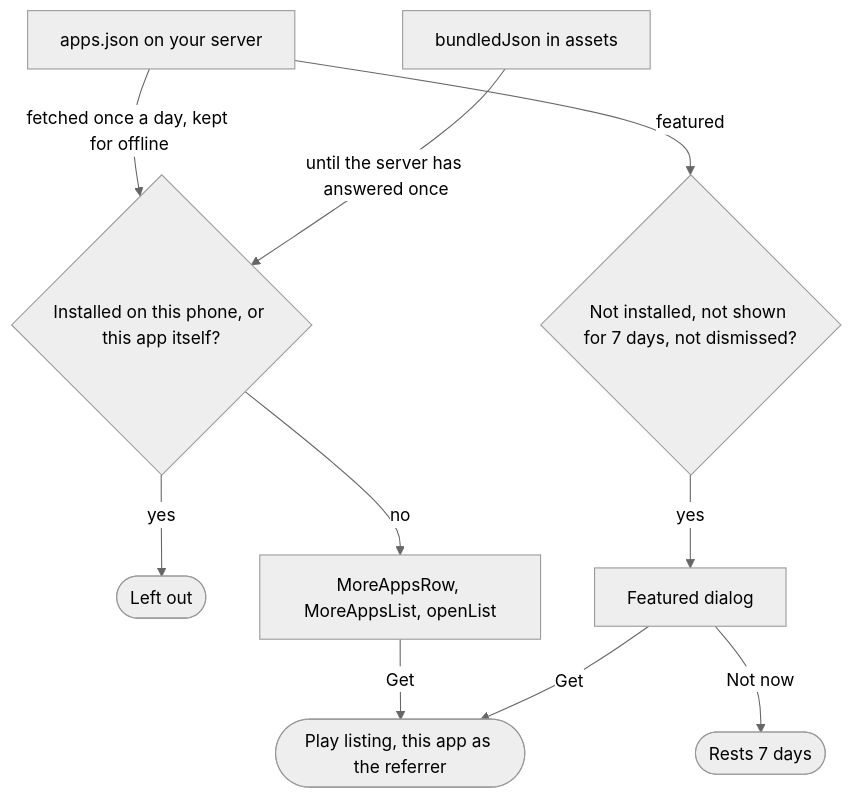
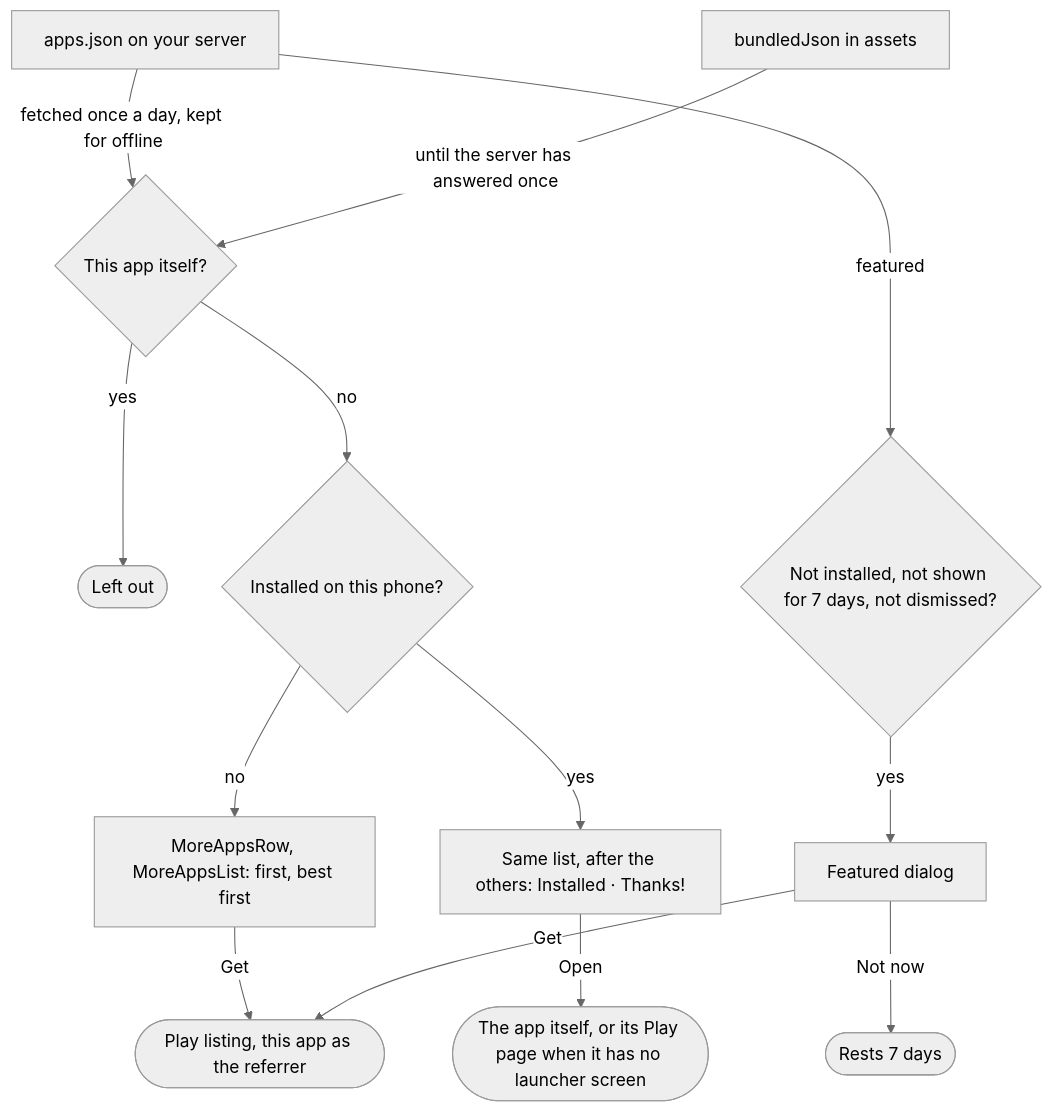
One commit to Trilokia/publishly-android changed the third of 6 diagrams in README.md. Above: the diagram before and after it, drawn with Mermaid (neutral theme). The commit also changed other lines of this file and 10 other files, not shown here.

Commit message:
More apps: keep installed apps in the list with an Installed label and an Open button

````diff
--- a/README.md
+++ b/README.md
@@ -337,11 +337,13 @@
 ```mermaid
 flowchart TD
-    feed[apps.json on your server] -- "fetched once a day, kept for offline" --> filter{Installed on this phone, or this app itself?}
-    bundled[bundledJson in assets] -- "until the server has answered once" --> filter
-    filter -- yes --> hide([Left out])
-    filter -- no --> show[MoreAppsRow, MoreAppsList, openList] -- Get --> play([Play listing, this app as the referrer])
+    feed[apps.json on your server] -- "fetched once a day, kept for offline" --> self{This app itself?}
+    bundled[bundledJson in assets] -- "until the server has answered once" --> self
+    self -- yes --> hide([Left out])
+    self -- no --> inst{Installed on this phone?}
+    inst -- no --> show[MoreAppsRow, MoreAppsList: first, best first] -- Get --> play([Play listing, this app as the referrer])
+    inst -- yes --> thanks["Same list, after the others: Installed · Thanks!"] -- Open --> launch([The app itself, or its Play page when it has no launcher screen])
     feed -- featured --> due{Not installed, not shown for 7 days, not dismissed?}
     due -- yes --> dialog[Featured dialog]
     dialog -- Get --> play
     dialog -- "Not now" --> rest([Rests 7 days])
 ```
````
